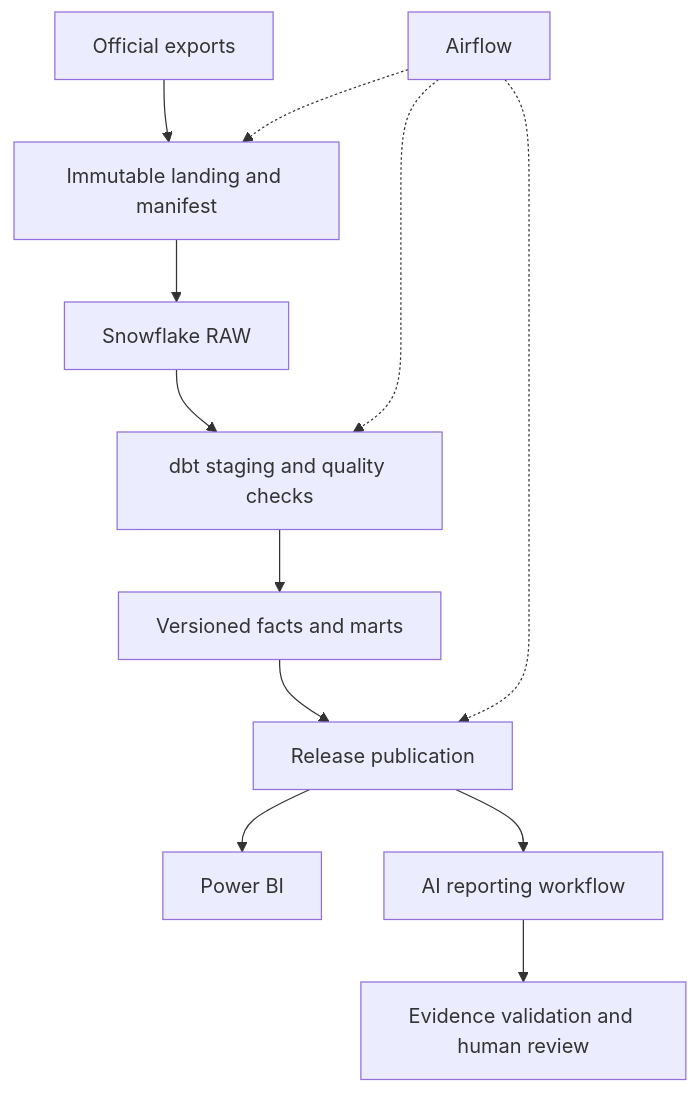
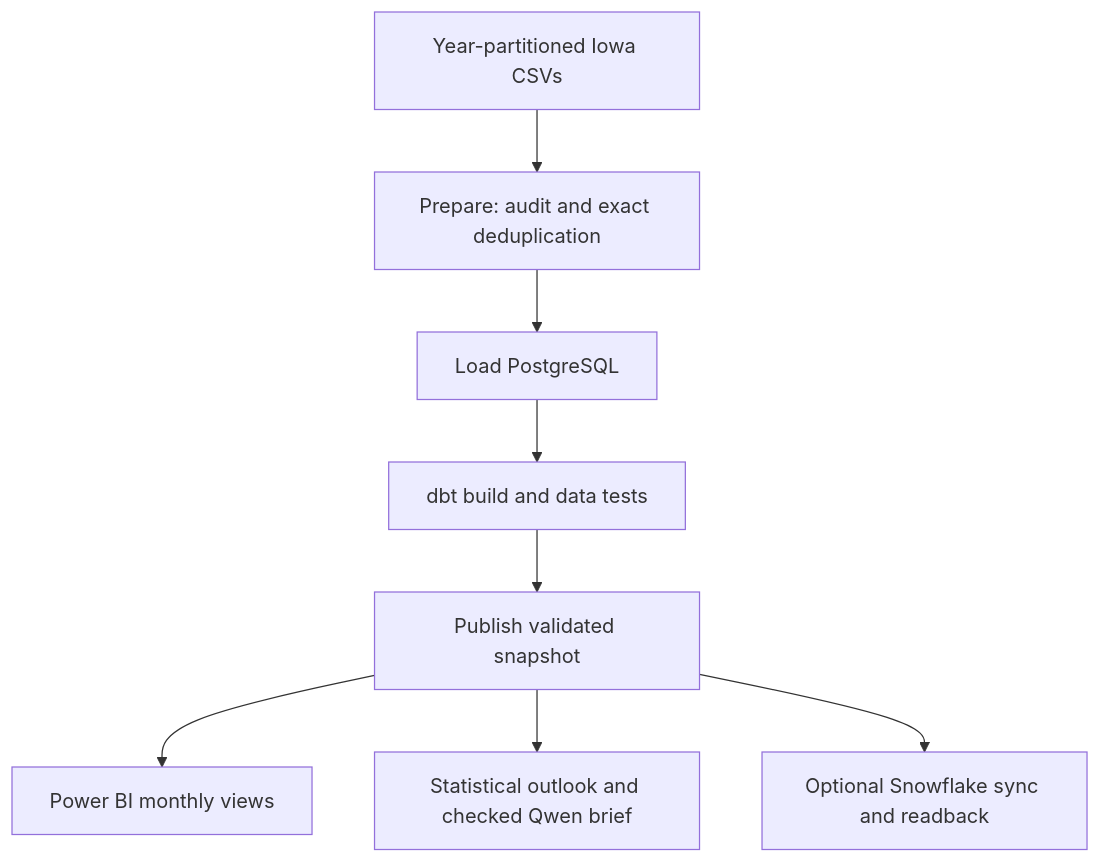
Before and after one commit to BlazingVermilion/retail-distribution-intelligence: the diagram in docs/architecture.md, drawn with Mermaid. The commit also changed other lines of this file and 8104 other files, not shown here.

Commit message:
Repair CI, remove tracked environments and publish reproducible portfolio evidence

````diff
--- a/docs/architecture.md
+++ b/docs/architecture.md
@@ -5,14 +3,10 @@
 ```mermaid
 flowchart TD
-    A[Official exports] --> B[Immutable landing and manifest]
-    B --> C[Snowflake RAW]
-    C --> D[dbt staging and quality checks]
-    D --> E[Versioned facts and marts]
-    E --> F[Release publication]
-    F --> G[Power BI]
-    F --> H[AI reporting workflow]
-    H --> I[Evidence validation and human review]
-    J[Airflow] -.-> B
-    J -.-> D
-    J -.-> F
+  A["Year-partitioned Iowa CSVs"] --> B["Prepare: audit and exact deduplication"]
+  B --> C["Load PostgreSQL"]
+  C --> D["dbt build and data tests"]
+  D --> E["Publish validated snapshot"]
+  E --> F["Power BI monthly views"]
+  E --> G["Statistical outlook and checked Qwen brief"]
+  E --> H["Optional Snowflake sync and readback"]
 ```
````
